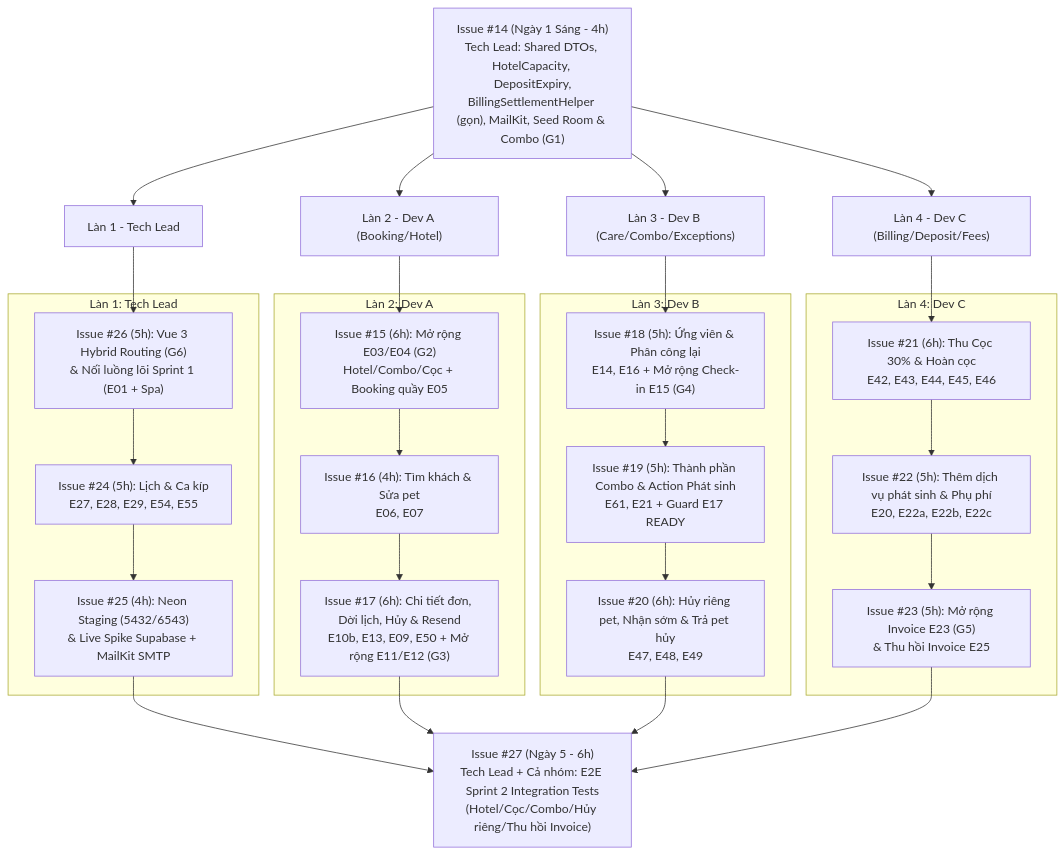
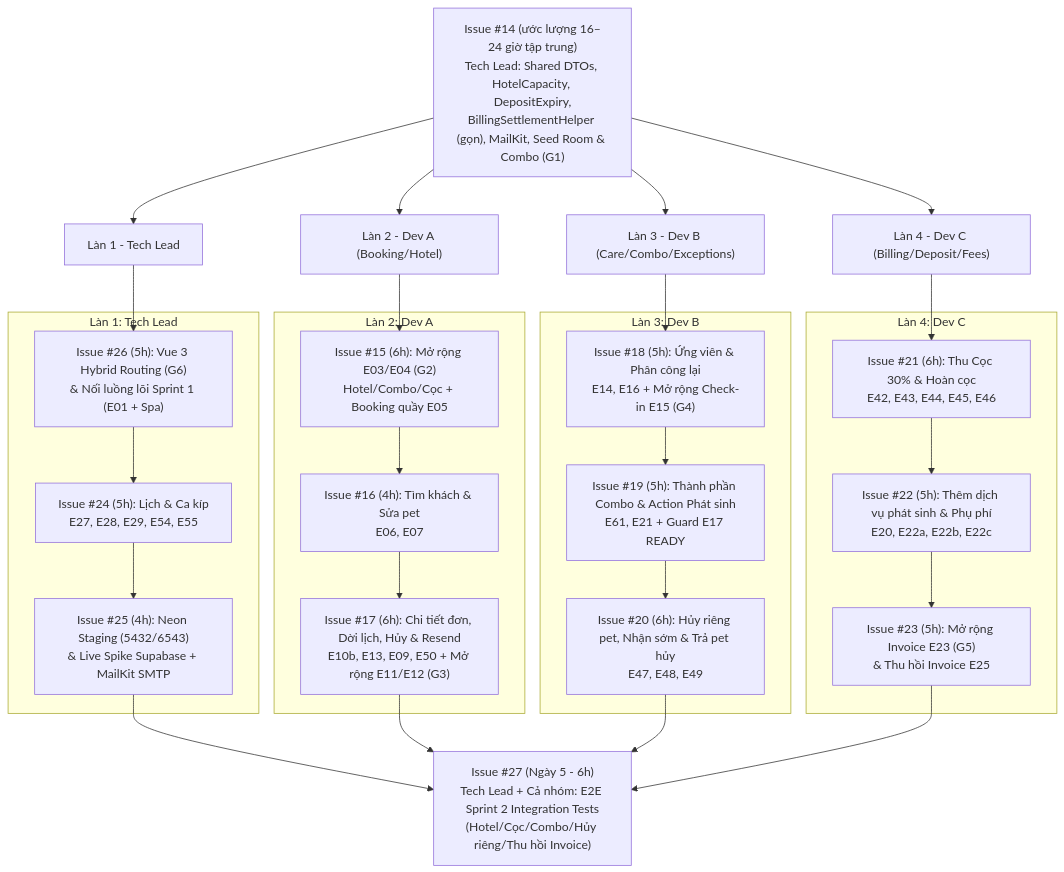
The diagram in docs/plans/sprint-2/sprint-2-plan.md (kdr1416/SE310-spa-pet-and-hotel), drawn with Mermaid before and after one commit. The commit also changed other lines of this file and 9 other files, not shown here.

Commit message:
feat(foundation): wire deposit expiry worker and verify Sprint 2 baseline

````diff
--- a/docs/plans/sprint-2/sprint-2-plan.md
+++ b/docs/plans/sprint-2/sprint-2-plan.md
@@ -79,47 +92,47 @@
 ```mermaid
 flowchart TD
-    I14["Issue #14 (Ngày 1 Sáng - 4h)<br/>Tech Lead: Shared DTOs, HotelCapacity, DepositExpiry,<br/>BillingSettlementHelper (gọn), MailKit, Seed Room & Combo (G1)"]
+    I14["Issue #14 (ước lượng 16–24 giờ tập trung)<br/>Tech Lead: Shared DTOs, HotelCapacity, DepositExpiry,<br/>BillingSettlementHelper (gọn), MailKit, Seed Room & Combo (G1)"]
     
     I14 --> L_LEAD["Làn 1 - Tech Lead"]
     I14 --> L_DEVA["Làn 2 - Dev A (Booking/Hotel)"]
     I14 --> L_DEVB["Làn 3 - Dev B (Care/Combo/Exceptions)"]
     I14 --> L_DEVC["Làn 4 - Dev C (Billing/Deposit/Fees)"]
 
     subgraph Lane1["Làn 1: Tech Lead"]
         I26["Issue #26 (5h): Vue 3 Hybrid Routing (G6)<br/>& Nối luồng lõi Sprint 1 (E01 + Spa)"]
         I24["Issue #24 (5h): Lịch & Ca kíp<br/>E27, E28, E29, E54, E55"]
         I25["Issue #25 (4h): Neon Staging (5432/6543)<br/>& Live Spike Supabase + MailKit SMTP"]
         I26 --> I24 --> I25
     end
 
     subgraph Lane2["Làn 2: Dev A"]
         I15["Issue #15 (6h): Mở rộng E03/E04 (G2)<br/>Hotel/Combo/Cọc + Booking quầy E05"]
         I16["Issue #16 (4h): Tìm khách & Sửa pet<br/>E06, E07"]
         I17["Issue #17 (6h): Chi tiết đơn, Dời lịch, Hủy & Resend<br/>E10b, E13, E09, E50 + Mở rộng E11/E12 (G3)"]
         I15 --> I16 --> I17
     end
 
     subgraph Lane3["Làn 3: Dev B"]
         I18["Issue #18 (5h): Ứng viên & Phân công lại<br/>E14, E16 + Mở rộng Check-in E15 (G4)"]
         I19["Issue #19 (5h): Thành phần Combo & Action Phát sinh<br/>E61, E21 + Guard E17 READY"]
         I20["Issue #20 (6h): Hủy riêng pet, Nhận sớm & Trả pet hủy<br/>E47, E48, E49"]
         I18 --> I19 --> I20
     end
 
     subgraph Lane4["Làn 4: Dev C"]
         I21["Issue #21 (6h): Thu Cọc 30% & Hoàn cọc<br/>E42, E43, E44, E45, E46"]
         I22["Issue #22 (5h): Thêm dịch vụ phát sinh & Phụ phí<br/>E20, E22a, E22b, E22c"]
         I23["Issue #23 (5h): Mở rộng Invoice E23 (G5)<br/>& Thu hồi Invoice E25"]
         I21 --> I22 --> I23
     end
 
     L_LEAD --> I26
     L_DEVA --> I15
     L_DEVB --> I18
     L_DEVC --> I21
 
     I25 --> I27["Issue #27 (Ngày 5 - 6h)<br/>Tech Lead + Cả nhóm: E2E Sprint 2 Integration Tests<br/>(Hotel/Cọc/Combo/Hủy riêng/Thu hồi Invoice)"]
     I17 --> I27
     I20 --> I27
     I23 --> I27
 ```
````
